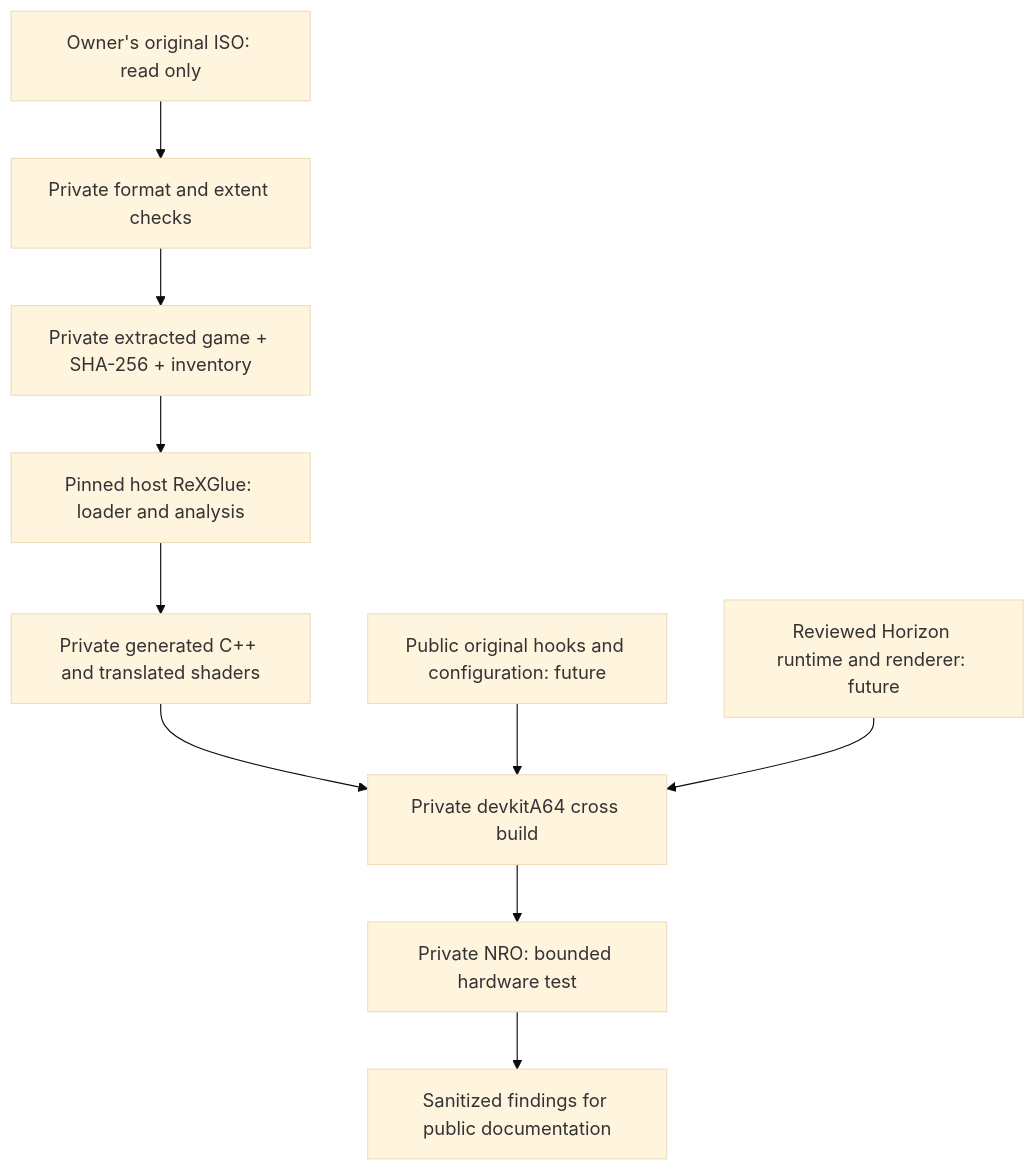
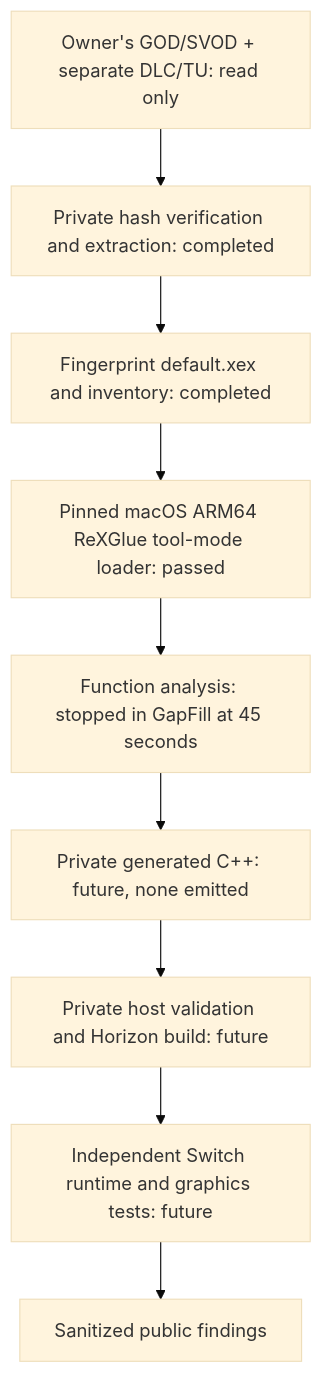
The diagram in docs/architecture.md (Wilwous/brutal-legend-nx), drawn with Mermaid (base theme) before and after one commit. The commit also changed other lines of this file and 9 other files, not shown here.

````diff
--- a/docs/architecture.md
+++ b/docs/architecture.md
@@ -5,12 +5,11 @@
 ```mermaid
 flowchart TD
-  A[Owner's original ISO: read only] --> B[Private format and extent checks]
-  B --> C[Private extracted game + SHA-256 + inventory]
-  C --> D[Pinned host ReXGlue: loader and analysis]
-  D --> E[Private generated C++ and translated shaders]
-  E --> F[Private devkitA64 cross build]
-  P[Public original hooks and configuration: future] --> F
-  R[Reviewed Horizon runtime and renderer: future] --> F
-  F --> G[Private NRO: bounded hardware test]
-  G --> H[Sanitized findings for public documentation]
+  A[Owner's GOD/SVOD + separate DLC/TU: read only] --> B[Private hash verification and extraction: completed]
+  B --> C[Fingerprint default.xex and inventory: completed]
+  C --> D[Pinned macOS ARM64 ReXGlue tool-mode loader: passed]
+  D --> E[Function analysis: stopped in GapFill at 45 seconds]
+  E --> F[Private generated C++: future, none emitted]
+  F --> G[Private host validation and Horizon build: future]
+  G --> H[Independent Switch runtime and graphics tests: future]
+  H --> I[Sanitized public findings]
 ```
````
